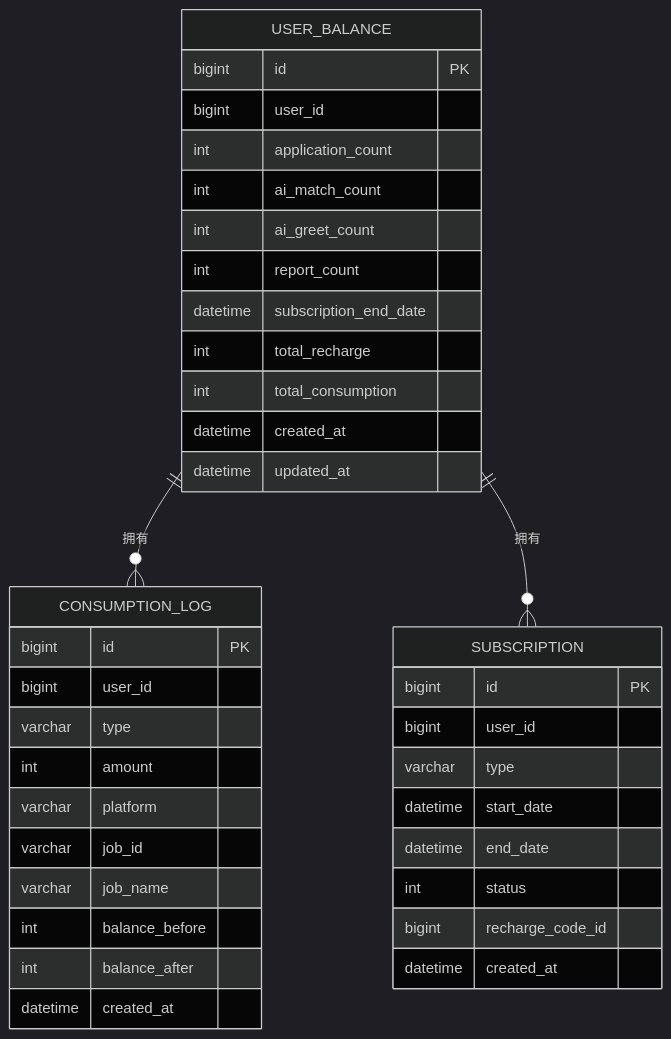
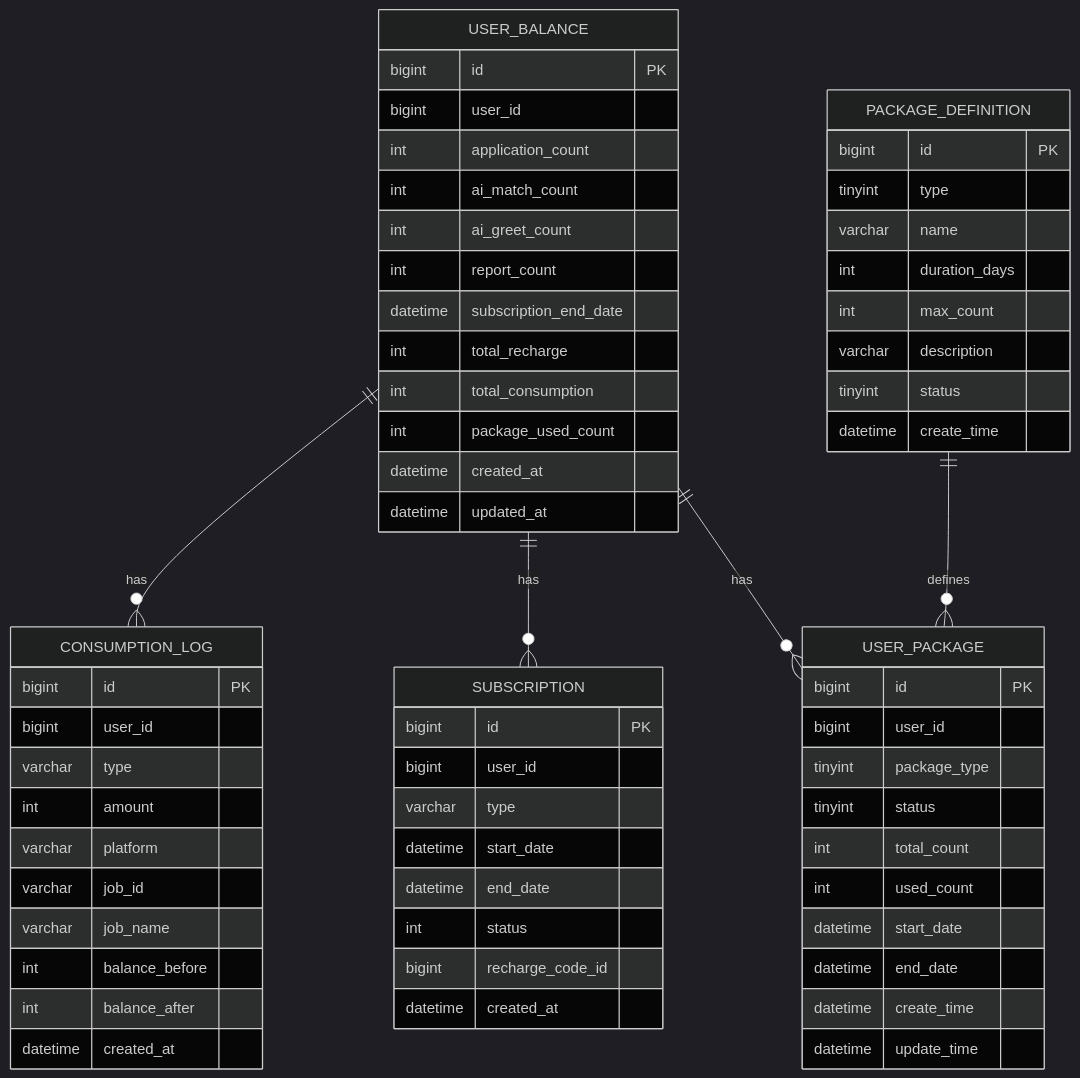
One commit to xulingfeng931027/get_jobs changed the third of 5 diagrams in .qoder/repowiki/zh/content/API 接口文档/计费订阅接口.md. Above: the diagram before and after it, drawn with Mermaid (dark theme). The commit also changed other lines of this file and 74 other files, not shown here.

````diff
--- a/.qoder/repowiki/zh/content/API 接口文档/计费订阅接口.md
+++ b/.qoder/repowiki/zh/content/API 接口文档/计费订阅接口.md
@@ -281,40 +179,65 @@
 ```mermaid
 erDiagram
 USER_BALANCE {
 bigint id PK
 bigint user_id
 int application_count
 int ai_match_count
 int ai_greet_count
 int report_count
 datetime subscription_end_date
 int total_recharge
 int total_consumption
+int package_used_count
 datetime created_at
 datetime updated_at
 }
 SUBSCRIPTION {
 bigint id PK
 bigint user_id
 varchar type
 datetime start_date
 datetime end_date
 int status
 bigint recharge_code_id
 datetime created_at
 }
+PACKAGE_DEFINITION {
+bigint id PK
+tinyint type
+varchar name
+int duration_days
+int max_count
+varchar description
+tinyint status
+datetime create_time
+}
 CONSUMPTION_LOG {
 bigint id PK
 bigint user_id
 varchar type
 int amount
 varchar platform
 varchar job_id
 varchar job_name
 int balance_before
 int balance_after
 datetime created_at
 }
-USER_BALANCE ||--o{ CONSUMPTION_LOG : "拥有"
-USER_BALANCE ||--o{ SUBSCRIPTION : "拥有"
+USER_PACKAGE {
+bigint id PK
+bigint user_id
+tinyint package_type
+tinyint status
+int total_count
+int used_count
+datetime start_date
+datetime end_date
+datetime create_time
+datetime update_time
+}
+USER_BALANCE ||--o{ CONSUMPTION_LOG : has
+USER_BALANCE ||--o{ SUBSCRIPTION : has
+USER_BALANCE ||--o{ USER_PACKAGE : has
+PACKAGE_DEFINITION ||--o{ USER_PACKAGE : defines
 ```
````
